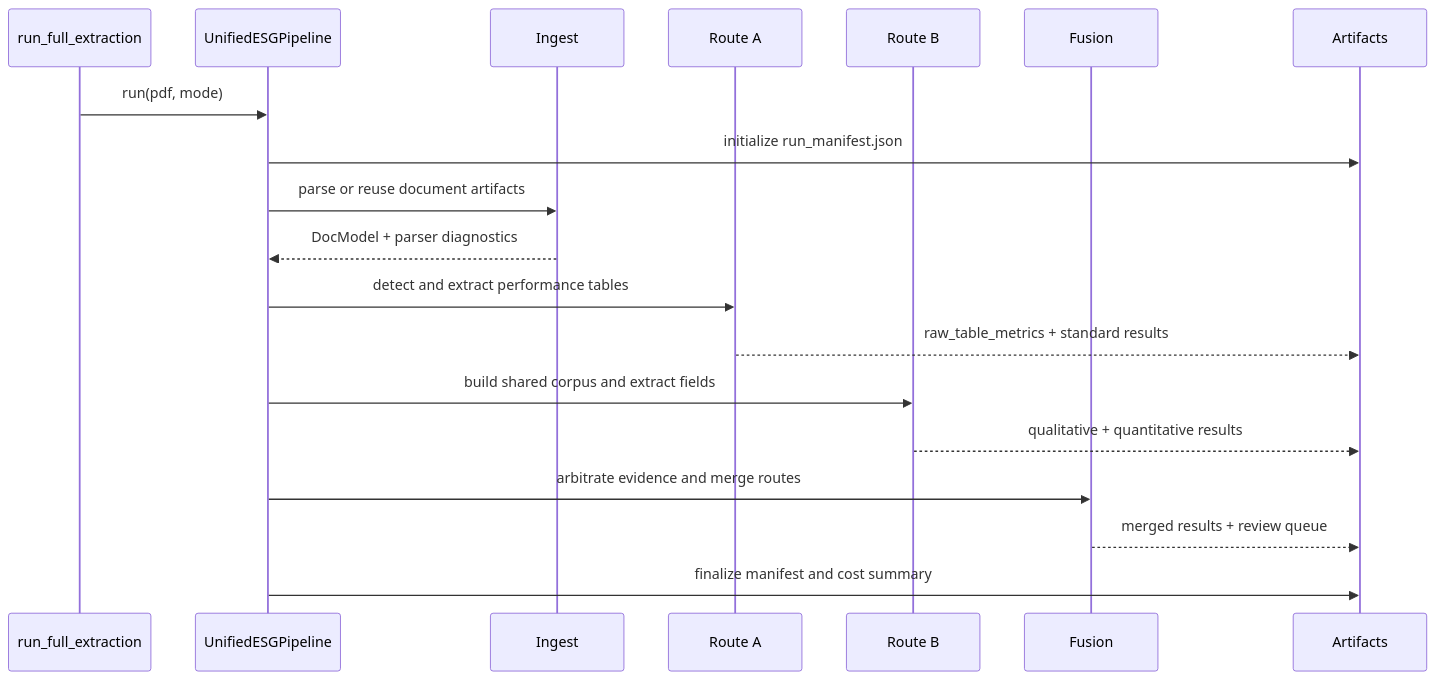
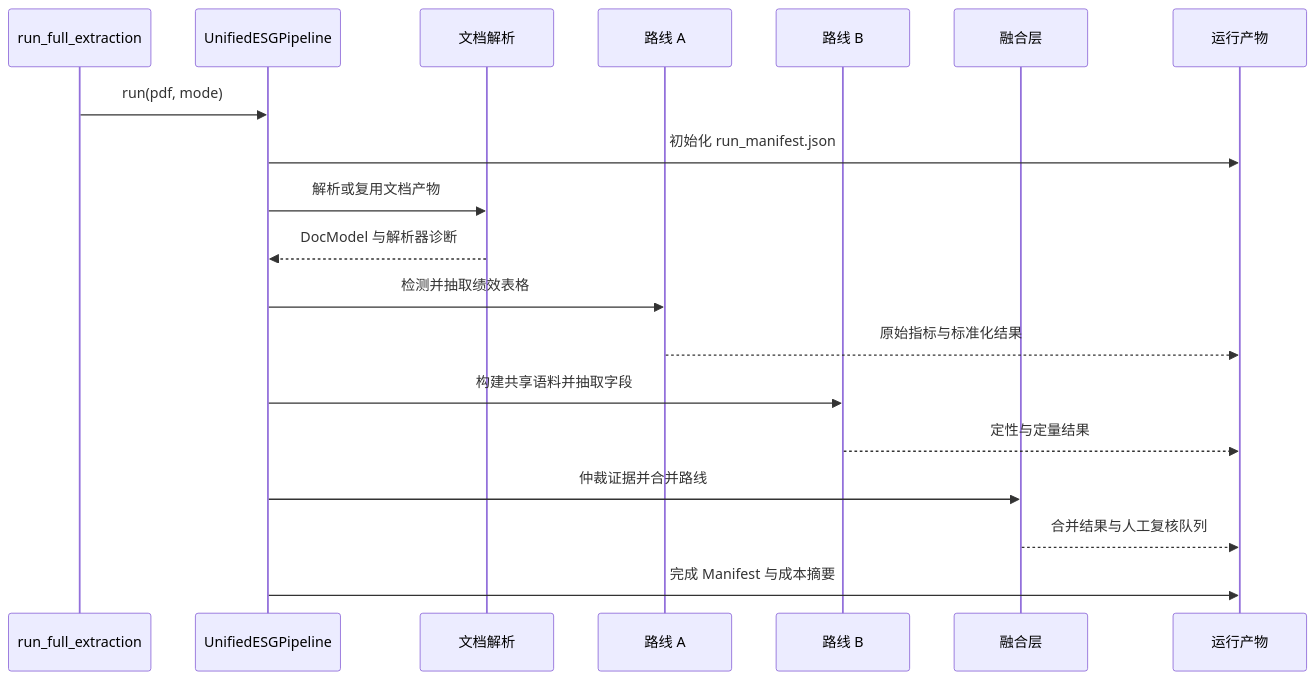
Before and after one commit to ehx0613/esg-multimodal-extraction-agent: the second of 2 diagrams in docs/architecture_current.md, drawn with Mermaid. The commit also changed other lines of this file and 3 other files, not shown here.

Commit message:
docs: 更新当前架构图和中文文档

````diff
--- a/docs/architecture_current.md
+++ b/docs/architecture_current.md
@@ -46,22 +46,22 @@
 ```mermaid
 sequenceDiagram
     participant CLI as run_full_extraction
     participant U as UnifiedESGPipeline
-    participant I as Ingest
-    participant A as Route A
-    participant B as Route B
-    participant F as Fusion
-    participant O as Artifacts
+    participant I as 文档解析
+    participant A as 路线 A
+    participant B as 路线 B
+    participant F as 融合层
+    participant O as 运行产物
 
     CLI->>U: run(pdf, mode)
-    U->>O: initialize run_manifest.json
-    U->>I: parse or reuse document artifacts
-    I-->>U: DocModel + parser diagnostics
-    U->>A: detect and extract performance tables
-    A-->>O: raw_table_metrics + standard results
-    U->>B: build shared corpus and extract fields
-    B-->>O: qualitative + quantitative results
-    U->>F: arbitrate evidence and merge routes
-    F-->>O: merged results + review queue
-    U->>O: finalize manifest and cost summary
+    U->>O: 初始化 run_manifest.json
+    U->>I: 解析或复用文档产物
+    I-->>U: DocModel 与解析器诊断
+    U->>A: 检测并抽取绩效表格
+    A-->>O: 原始指标与标准化结果
+    U->>B: 构建共享语料并抽取字段
+    B-->>O: 定性与定量结果
+    U->>F: 仲裁证据并合并路线
+    F-->>O: 合并结果与人工复核队列
+    U->>O: 完成 Manifest 与成本摘要
 ```
````
